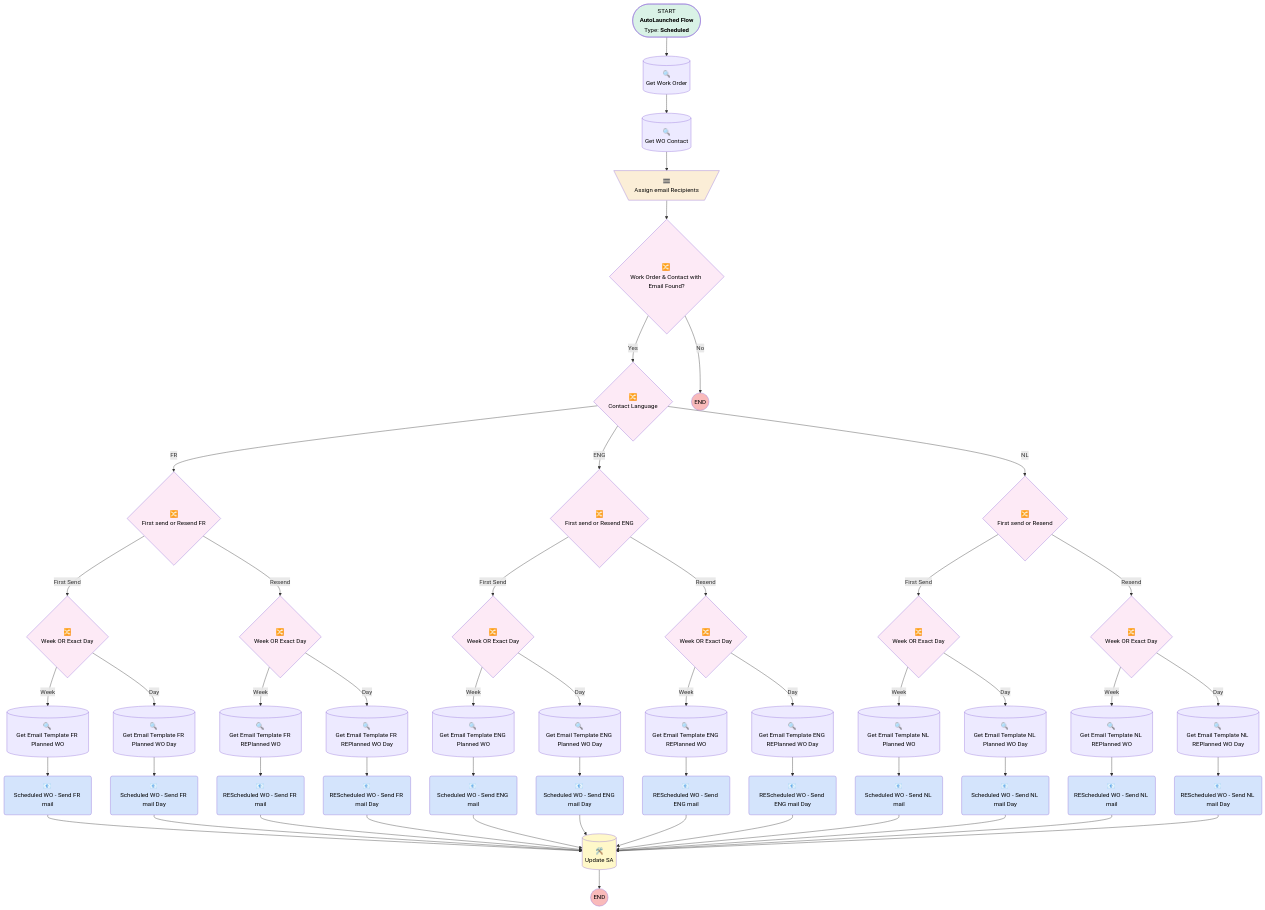
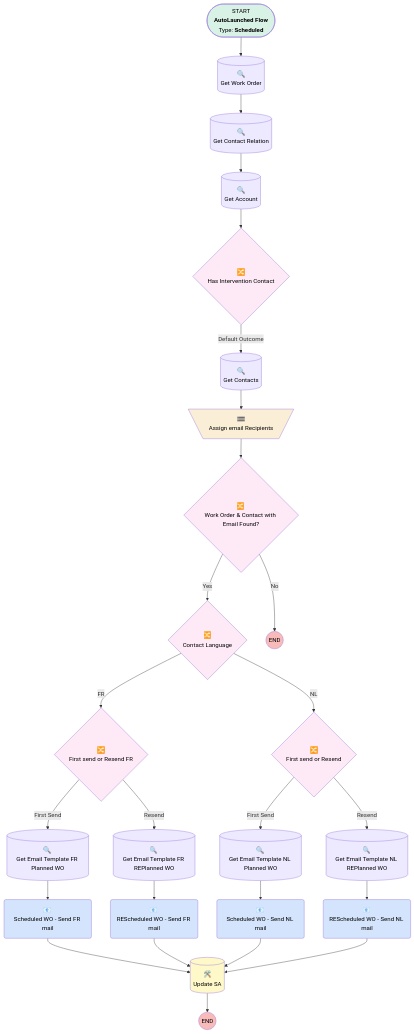
The diagram in docs/flows/Service_Appointment_Scheduled_Customer_Notification.md (fpardon-upeo/krinkels-monitoring), drawn with Mermaid before and after one commit. The commit also changed other lines of this file and 279 other files, not shown here.

```diff
--- a/docs/flows/Service_Appointment_Scheduled_Customer_Notification.md
+++ b/docs/flows/Service_Appointment_Scheduled_Customer_Notification.md
@@ -11,175 +11,87 @@
 
 flowchart TB
 START(["START<br/><b>AutoLaunched Flow</b></br>Type: <b> Scheduled</b>"]):::startClass
-click START "#general-information" "1013521487"
-
-REScheduled_WO_Send_ENG_mail("📧 <em></em><br/>REScheduled WO - Send ENG mail"):::actionCalls
-click REScheduled_WO_Send_ENG_mail "#rescheduled_wo_send_eng_mail" "1563395032"
-
-REScheduled_WO_Send_ENG_mail_Day("📧 <em></em><br/>REScheduled WO - Send ENG mail Day"):::actionCalls
-click REScheduled_WO_Send_ENG_mail_Day "#rescheduled_wo_send_eng_mail_day" "808690215"
+click START "#general-information" "1355914100"
 
 REScheduled_WO_Send_FR_mail("📧 <em></em><br/>REScheduled WO - Send FR mail"):::actionCalls
-click REScheduled_WO_Send_FR_mail "#rescheduled_wo_send_fr_mail" "4287079472"
-
-REScheduled_WO_Send_FR_mail_Day("📧 <em></em><br/>REScheduled WO - Send FR mail Day"):::actionCalls
-click REScheduled_WO_Send_FR_mail_Day "#rescheduled_wo_send_fr_mail_day" "255685198"
+click REScheduled_WO_Send_FR_mail "#rescheduled_wo_send_fr_mail" "1298286610"
 
 REScheduled_WO_Send_NL_mail("📧 <em></em><br/>REScheduled WO - Send NL mail"):::actionCalls
-click REScheduled_WO_Send_NL_mail "#rescheduled_wo_send_nl_mail" "1573337660"
-
-REScheduled_WO_Send_NL_mail_Day("📧 <em></em><br/>REScheduled WO - Send NL mail Day"):::actionCalls
-click REScheduled_WO_Send_NL_mail_Day "#rescheduled_wo_send_nl_mail_day" "272357784"
-
-Scheduled_WO_Send_ENG_mail("📧 <em></em><br/>Scheduled WO - Send ENG mail"):::actionCalls
-click Scheduled_WO_Send_ENG_mail "#scheduled_wo_send_eng_mail" "3536185047"
-
-Scheduled_WO_Send_ENG_mail_Day("📧 <em></em><br/>Scheduled WO - Send ENG mail Day"):::actionCalls
-click Scheduled_WO_Send_ENG_mail_Day "#scheduled_wo_send_eng_mail_day" "3169031084"
+click REScheduled_WO_Send_NL_mail "#rescheduled_wo_send_nl_mail" "3265677256"
 
 Scheduled_WO_Send_FR_mail("📧 <em></em><br/>Scheduled WO - Send FR mail"):::actionCalls
-click Scheduled_WO_Send_FR_mail "#scheduled_wo_send_fr_mail" "3873809746"
-
-Scheduled_WO_Send_FR_mail_Day("📧 <em></em><br/>Scheduled WO - Send FR mail Day"):::actionCalls
-click Scheduled_WO_Send_FR_mail_Day "#scheduled_wo_send_fr_mail_day" "1542042991"
+click Scheduled_WO_Send_FR_mail "#scheduled_wo_send_fr_mail" "3198771491"
 
 Scheduled_WO_Send_NL_mail("📧 <em></em><br/>Scheduled WO - Send NL mail"):::actionCalls
-click Scheduled_WO_Send_NL_mail "#scheduled_wo_send_nl_mail" "1697756540"
-
-Scheduled_WO_Send_NL_mail_Day("📧 <em></em><br/>Scheduled WO - Send NL mail Day"):::actionCalls
-click Scheduled_WO_Send_NL_mail_Day "#scheduled_wo_send_nl_mail_day" "4068910866"
+click Scheduled_WO_Send_NL_mail "#scheduled_wo_send_nl_mail" "4240238333"
 
 Assign_email_Recipients[\"🟰 <em></em><br/>Assign email Recipients"/]:::assignments
-click Assign_email_Recipients "#assign_email_recipients" "2562774588"
+click Assign_email_Recipients "#assign_email_recipients" "1045214625"
 
 Contact_Language{"🔀 <em></em><br/>Contact Language"}:::decisions
-click Contact_Language "#contact_language" "2831191991"
+click Contact_Language "#contact_language" "2899482565"
 
 First_send_or_Resend{"🔀 <em></em><br/>First send or Resend"}:::decisions
-click First_send_or_Resend "#first_send_or_resend" "99629469"
-
-First_send_or_Resend_ENG{"🔀 <em></em><br/>First send or Resend ENG"}:::decisions
-click First_send_or_Resend_ENG "#first_send_or_resend_eng" "1733880066"
+click First_send_or_Resend "#first_send_or_resend" "3045810356"
 
 First_send_or_Resend_FR{"🔀 <em></em><br/>First send or Resend FR"}:::decisions
-click First_send_or_Resend_FR "#first_send_or_resend_fr" "3516670661"
+click First_send_or_Resend_FR "#first_send_or_resend_fr" "3510732964"
 
-Week_OR_Exact_Day{"🔀 <em></em><br/>Week OR Exact Day"}:::decisions
-click Week_OR_Exact_Day "#week_or_exact_day" "3717360262"
-
-Week_OR_Exact_Day2{"🔀 <em></em><br/>Week OR Exact Day"}:::decisions
-click Week_OR_Exact_Day2 "#week_or_exact_day2" "3895424016"
-
-Week_OR_Exact_Day3{"🔀 <em></em><br/>Week OR Exact Day"}:::decisions
-click Week_OR_Exact_Day3 "#week_or_exact_day3" "1502737021"
-
-Week_OR_Exact_Day4{"🔀 <em></em><br/>Week OR Exact Day"}:::decisions
-click Week_OR_Exact_Day4 "#week_or_exact_day4" "3599736634"
-
-Week_OR_Exact_Day5{"🔀 <em></em><br/>Week OR Exact Day"}:::decisions
-click Week_OR_Exact_Day5 "#week_or_exact_day5" "767506239"
-
-Week_OR_Exact_Day6{"🔀 <em></em><br/>Week OR Exact Day"}:::decisions
-click Week_OR_Exact_Day6 "#week_or_exact_day6" "3028823591"
+Has_Intervention_Contact{"🔀 <em></em><br/>Has Intervention Contact"}:::decisions
+click Has_Intervention_Contact "#has_intervention_contact" "1771061234"
 
 Work_Order_Contact_with_Email_Found{"🔀 <em></em><br/>Work Order & Contact with Email Found?"}:::decisions
-click Work_Order_Contact_with_Email_Found "#work_order_contact_with_email_found" "3937827058"
+click Work_Order_Contact_with_Email_Found "#work_order_contact_with_email_found" "2100079716"
 
-Get_Email_Template_ENG_Planned_WO[("🔍 <em></em><br/>Get Email Template ENG Planned WO")]:::recordLookups
-click Get_Email_Template_ENG_Planned_WO "#get_email_template_eng_planned_wo" "2513349678"
+Get_Account[("🔍 <em></em><br/>Get Account")]:::recordLookups
+click Get_Account "#get_account" "394167497"
 
-Get_Email_Template_ENG_Planned_WO_Day[("🔍 <em></em><br/>Get Email Template ENG Planned WO Day")]:::recordLookups
-click Get_Email_Template_ENG_Planned_WO_Day "#get_email_template_eng_planned_wo_day" "758035772"
+Get_Contact_Relation[("🔍 <em></em><br/>Get Contact Relation")]:::recordLookups
+click Get_Contact_Relation "#get_contact_relation" "2428644280"
 
-Get_Email_Template_ENG_REPlanned_WO[("🔍 <em></em><br/>Get Email Template ENG REPlanned WO")]:::recordLookups
-click Get_Email_Template_ENG_REPlanned_WO "#get_email_template_eng_replanned_wo" "3189420705"
-
-Get_Email_Template_ENG_REPlanned_WO_Day[("🔍 <em></em><br/>Get Email Template ENG REPlanned WO Day")]:::recordLookups
-click Get_Email_Template_ENG_REPlanned_WO_Day "#get_email_template_eng_replanned_wo_day" "3255117414"
+Get_Contacts[("🔍 <em></em><br/>Get Contacts")]:::recordLookups
+click Get_Contacts "#get_contacts" "1157115469"
 
 Get_Email_Template_FR_Planned_WO[("🔍 <em></em><br/>Get Email Template FR Planned WO")]:::recordLookups
 click Get_Email_Template_FR_Planned_WO "#get_email_template_fr_planned_wo" "2811645755"
 
-Get_Email_Template_FR_Planned_WO_Day[("🔍 <em></em><br/>Get Email Template FR Planned WO Day")]:::recordLookups
-click Get_Email_Template_FR_Planned_WO_Day "#get_email_template_fr_planned_wo_day" "572459346"
-
 Get_Email_Template_FR_REPlanned_WO[("🔍 <em></em><br/>Get Email Template FR REPlanned WO")]:::recordLookups
 click Get_Email_Template_FR_REPlanned_WO "#get_email_template_fr_replanned_wo" "1431363291"
-
-Get_Email_Template_FR_REPlanned_WO_Day[("🔍 <em></em><br/>Get Email Template FR REPlanned WO Day")]:::recordLookups
-click Get_Email_Template_FR_REPlanned_WO_Day "#get_email_template_fr_replanned_wo_day" "1099289124"
 
 Get_Email_Template_NL_Planned_WO[("🔍 <em></em><br/>Get Email Template NL Planned WO")]:::recordLookups
 click Get_Email_Template_NL_Planned_WO "#get_email_template_nl_planned_wo" "1854158430"
 
-Get_Email_Template_NL_Planned_WO_Day[("🔍 <em></em><br/>Get Email Template NL Planned WO Day")]:::recordLookups
-click Get_Email_Template_NL_Planned_WO_Day "#get_email_template_nl_planned_wo_day" "2012126435"
-
 Get_Email_Template_NL_REPlanned_WO[("🔍 <em></em><br/>Get Email Template NL REPlanned WO")]:::recordLookups
 click Get_Email_Template_NL_REPlanned_WO "#get_email_template_nl_replanned_wo" "992326223"
 
-Get_Email_Template_NL_REPlanned_WO_Day[("🔍 <em></em><br/>Get Email Template NL REPlanned WO Day")]:::recordLookups
-click Get_Email_Template_NL_REPlanned_WO_Day "#get_email_template_nl_replanned_wo_day" "4076393078"
-
-Get_WO_Contact[("🔍 <em></em><br/>Get WO Contact")]:::recordLookups
-click Get_WO_Contact "#get_wo_contact" "3176914413"
-
 Get_work_Order[("🔍 <em></em><br/>Get Work Order")]:::recordLookups
-click Get_work_Order "#get_work_order" "1055462644"
+click Get_work_Order "#get_work_order" "4186512945"
 
 Update_SA[("🛠️ <em></em><br/>Update SA")]:::recordUpdates
 click Update_SA "#update_sa" "310899656"
 
-REScheduled_WO_Send_ENG_mail --> Update_SA
-REScheduled_WO_Send_ENG_mail_Day --> Update_SA
 REScheduled_WO_Send_FR_mail --> Update_SA
-REScheduled_WO_Send_FR_mail_Day --> Update_SA
 REScheduled_WO_Send_NL_mail --> Update_SA
-REScheduled_WO_Send_NL_mail_Day --> Update_SA
-Scheduled_WO_Send_ENG_mail --> Update_SA
-Scheduled_WO_Send_ENG_mail_Day --> Update_SA
 Scheduled_WO_Send_FR_mail --> Update_SA
-Scheduled_WO_Send_FR_mail_Day --> Update_SA
 Scheduled_WO_Send_NL_mail --> Update_SA
-Scheduled_WO_Send_NL_mail_Day --> Update_SA
 Assign_email_Recipients --> Work_Order_Contact_with_Email_Found
 Contact_Language --> |"FR"| First_send_or_Resend_FR
-Contact_Language --> |"ENG"| First_send_or_Resend_ENG
 Contact_Language --> |"NL"| First_send_or_Resend
-First_send_or_Resend --> |"First Send"| Week_OR_Exact_Day5
-First_send_or_Resend --> |"Resend"| Week_OR_Exact_Day6
-First_send_or_Resend_ENG --> |"First Send"| Week_OR_Exact_Day3
-First_send_or_Resend_ENG --> |"Resend"| Week_OR_Exact_Day4
-First_send_or_Resend_FR --> |"First Send"| Week_OR_Exact_Day
-First_send_or_Resend_FR --> |"Resend"| Week_OR_Exact_Day2
-Week_OR_Exact_Day --> |"Week"| Get_Email_Template_FR_Planned_WO
-Week_OR_Exact_Day --> |"Day"| Get_Email_Template_FR_Planned_WO_Day
-Week_OR_Exact_Day2 --> |"Week"| Get_Email_Template_FR_REPlanned_WO
-Week_OR_Exact_Day2 --> |"Day"| Get_Email_Template_FR_REPlanned_WO_Day
-Week_OR_Exact_Day3 --> |"Week"| Get_Email_Template_ENG_Planned_WO
-Week_OR_Exact_Day3 --> |"Day"| Get_Email_Template_ENG_Planned_WO_Day
-Week_OR_Exact_Day4 --> |"Week"| Get_Email_Template_ENG_REPlanned_WO
-Week_OR_Exact_Day4 --> |"Day"| Get_Email_Template_ENG_REPlanned_WO_Day
-Week_OR_Exact_Day5 --> |"Week"| Get_Email_Template_NL_Planned_WO
-Week_OR_Exact_Day5 --> |"Day"| Get_Email_Template_NL_Planned_WO_Day
-Week_OR_Exact_Day6 --> |"Week"| Get_Email_Template_NL_REPlanned_WO
-Week_OR_Exact_Day6 --> |"Day"| Get_Email_Template_NL_REPlanned_WO_Day
+First_send_or_Resend --> |"First Send"| Get_Email_Template_NL_Planned_WO
+First_send_or_Resend --> |"Resend"| Get_Email_Template_NL_REPlanned_WO
+First_send_or_Resend_FR --> |"First Send"| Get_Email_Template_FR_Planned_WO
+First_send_or_Resend_FR --> |"Resend"| Get_Email_Template_FR_REPlanned_WO
+Has_Intervention_Contact --> |"Default Outcome"| Get_Contacts
 Work_Order_Contact_with_Email_Found --> |"Yes"| Contact_Language
 Work_Order_Contact_with_Email_Found --> |"No"| END_Work_Order_Contact_with_Email_Found
-Get_Email_Template_ENG_Planned_WO --> Scheduled_WO_Send_ENG_mail
-Get_Email_Template_ENG_Planned_WO_Day --> Scheduled_WO_Send_ENG_mail_Day
-Get_Email_Template_ENG_REPlanned_WO --> REScheduled_WO_Send_ENG_mail
-Get_Email_Template_ENG_REPlanned_WO_Day --> REScheduled_WO_Send_ENG_mail_Day
+Get_Account --> Has_Intervention_Contact
+Get_Contact_Relation --> Get_Account
+Get_Contacts --> Assign_email_Recipients
 Get_Email_Template_FR_Planned_WO --> Scheduled_WO_Send_FR_mail
-Get_Email_Template_FR_Planned_WO_Day --> Scheduled_WO_Send_FR_mail_Day
 Get_Email_Template_FR_REPlanned_WO --> REScheduled_WO_Send_FR_mail
-Get_Email_Template_FR_REPlanned_WO_Day --> REScheduled_WO_Send_FR_mail_Day
 Get_Email_Template_NL_Planned_WO --> Scheduled_WO_Send_NL_mail
-Get_Email_Template_NL_Planned_WO_Day --> Scheduled_WO_Send_NL_mail_Day
 Get_Email_Template_NL_REPlanned_WO --> REScheduled_WO_Send_NL_mail
-Get_Email_Template_NL_REPlanned_WO_Day --> REScheduled_WO_Send_NL_mail_Day
-Get_WO_Contact --> Assign_email_Recipients
-Get_work_Order --> Get_WO_Contact
+Get_work_Order --> Get_Contact_Relation
 Update_SA --> END_Update_SA
 START -->  Get_work_Order
 END_Work_Order_Contact_with_Email_Found(( END )):::endClass
```
